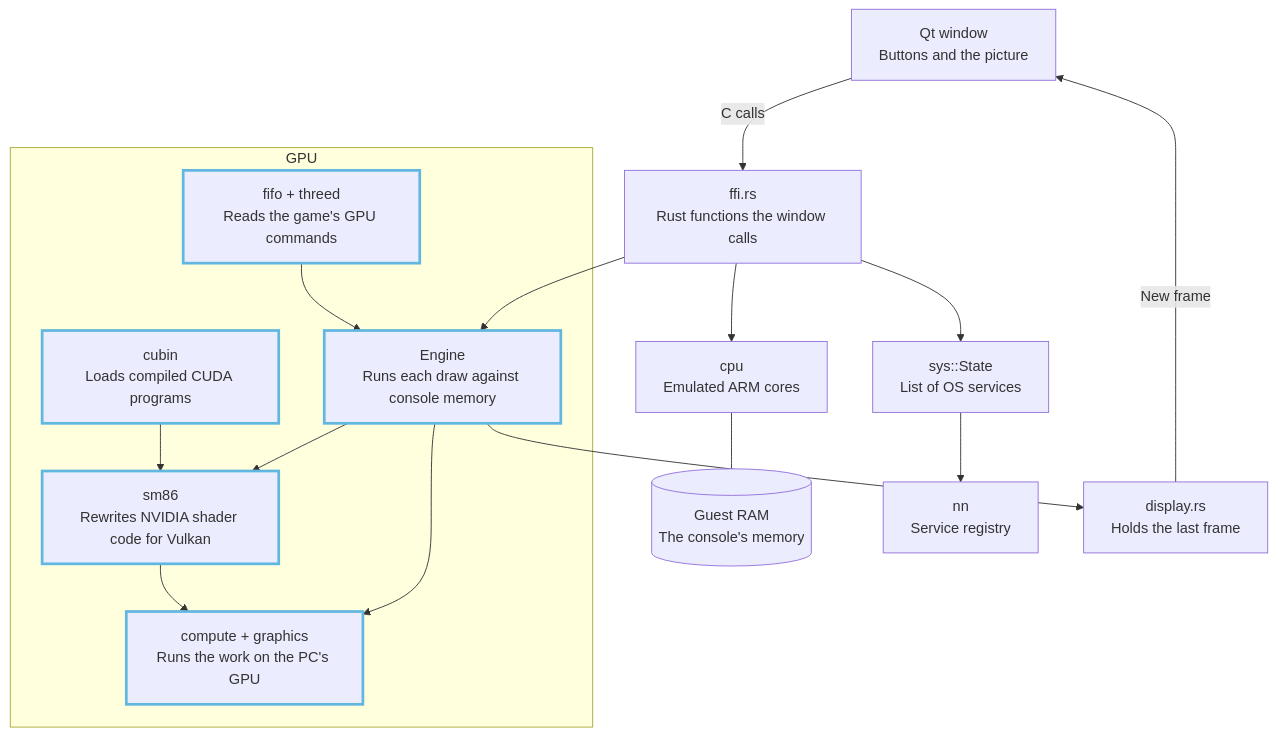
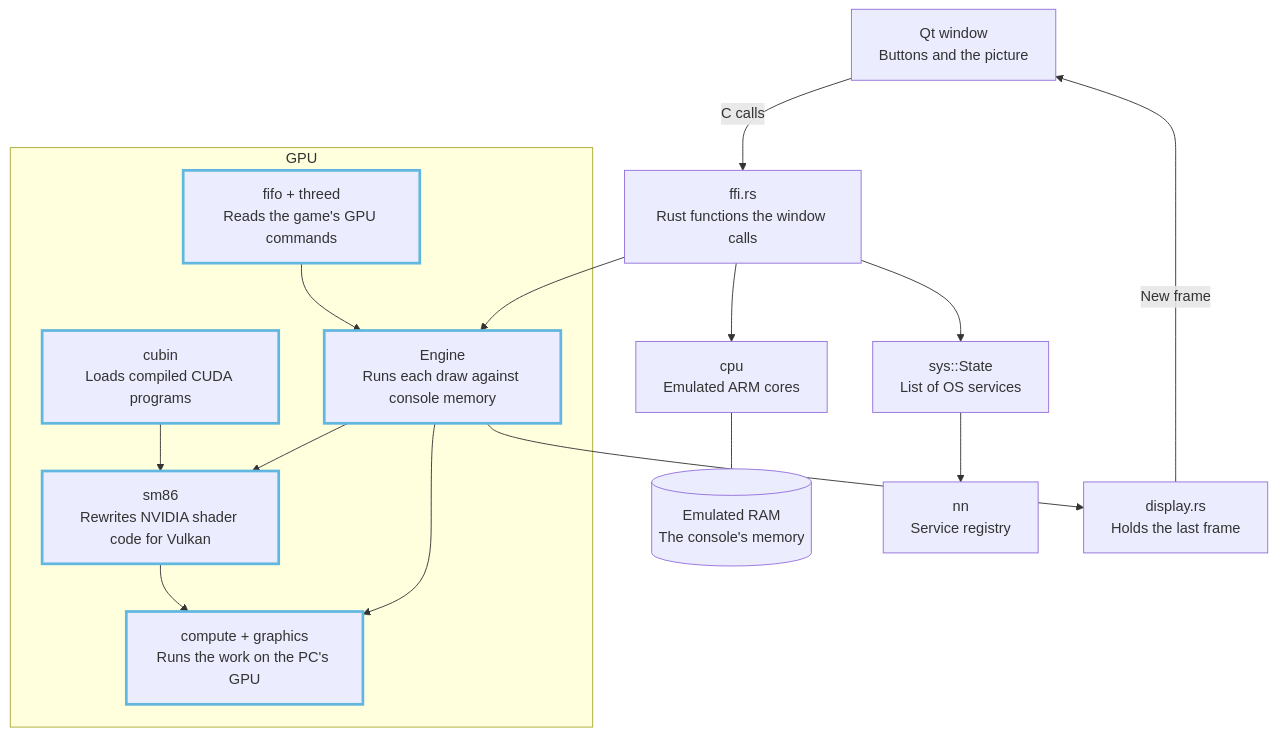
Before and after one commit to jopdorp/kokoro: the diagram in docs/architecture/README.md, drawn with Mermaid. The commit also changed other lines of this file and 21 other files, not shown here.

````diff
--- a/docs/architecture/README.md
+++ b/docs/architecture/README.md
@@ -5,20 +5,20 @@
 ```mermaid
 flowchart TB
     GUI["Qt window<br/>Buttons and the picture"] -->|"C calls"| FFI["ffi.rs<br/>Rust functions the window calls"]
     FFI --> SYS["sys::State<br/>List of OS services"]
     FFI --> CPU["cpu<br/>Emulated ARM cores"]
-    CPU --- RAM[("Guest RAM<br/>The console's memory")]
+    CPU --- RAM[("Emulated RAM<br/>The console's memory")]
     SYS --> NN["nn<br/>Service registry"]
     FFI --> ENG
     subgraph GPU["GPU"]
         FIFO["fifo + threed<br/>Reads the game's GPU commands"] --> ENG["Engine<br/>Runs each draw against console memory"]
         ENG --> SASS["sm86<br/>Rewrites NVIDIA shader code for Vulkan"]
         ENG --> VK["compute + graphics<br/>Runs the work on the PC's GPU"]
         SASS --> VK
         CUDA["cubin<br/>Loads compiled CUDA programs"] --> SASS
     end
     ENG --> DISP["display.rs<br/>Holds the last frame"]
     DISP -->|"New frame"| GUI
     classDef gpu stroke:#61b7df,stroke-width:3px
     class FIFO,ENG,SASS,VK,CUDA gpu
 ```
````
